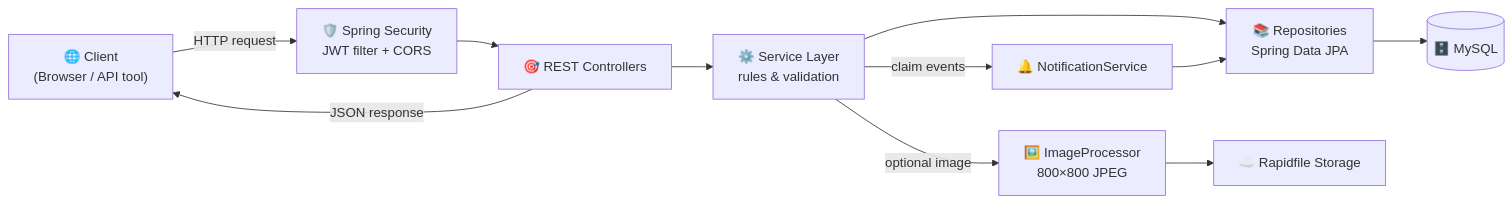
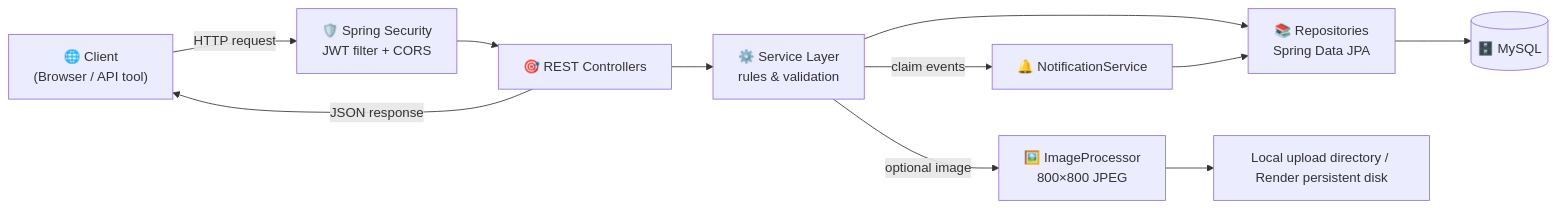
One commit to gr309/lost-and-found changed the first of 7 diagrams in README.md. Above: the diagram before and after it, drawn with Mermaid. The commit also changed other lines of this file and 23 other files, not shown here.

````diff
--- a/README.md
+++ b/README.md
@@ -92,18 +92,18 @@
 ```mermaid
 flowchart LR
     C["🌐 Client<br/>(Browser / API tool)"]
     S["🛡️ Spring Security<br/>JWT filter + CORS"]
     CT["🎯 REST Controllers"]
     SV["⚙️ Service Layer<br/>rules & validation"]
     R["📚 Repositories<br/>Spring Data JPA"]
     DB[("🗄️ MySQL")]
     IP["🖼️ ImageProcessor<br/>800×800 JPEG"]
-    RF["☁️ Rapidfile Storage"]
+    RF["Local upload directory / Render persistent disk"]
     NS["🔔 NotificationService"]
 
     C -->|HTTP request| S --> CT --> SV
     SV --> R --> DB
     SV -->|optional image| IP --> RF
     SV -->|claim events| NS --> R
     CT -->|JSON response| C
 ```
````
